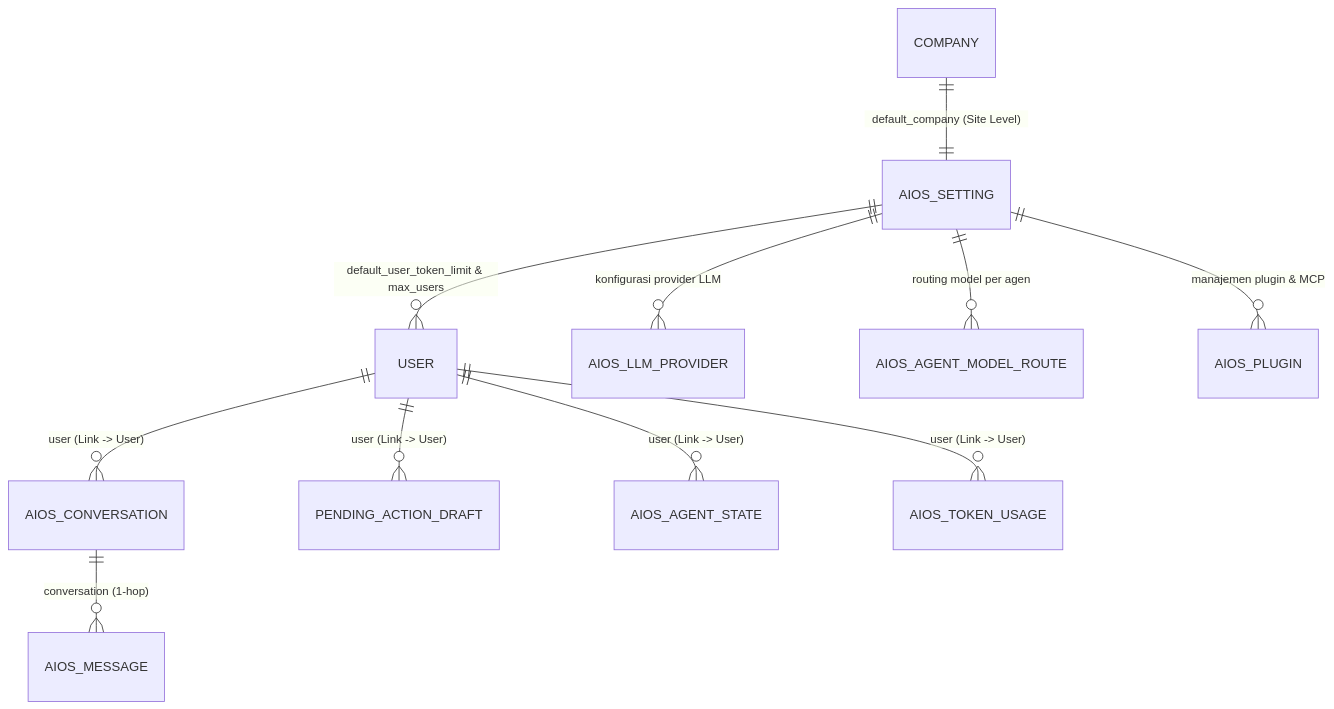
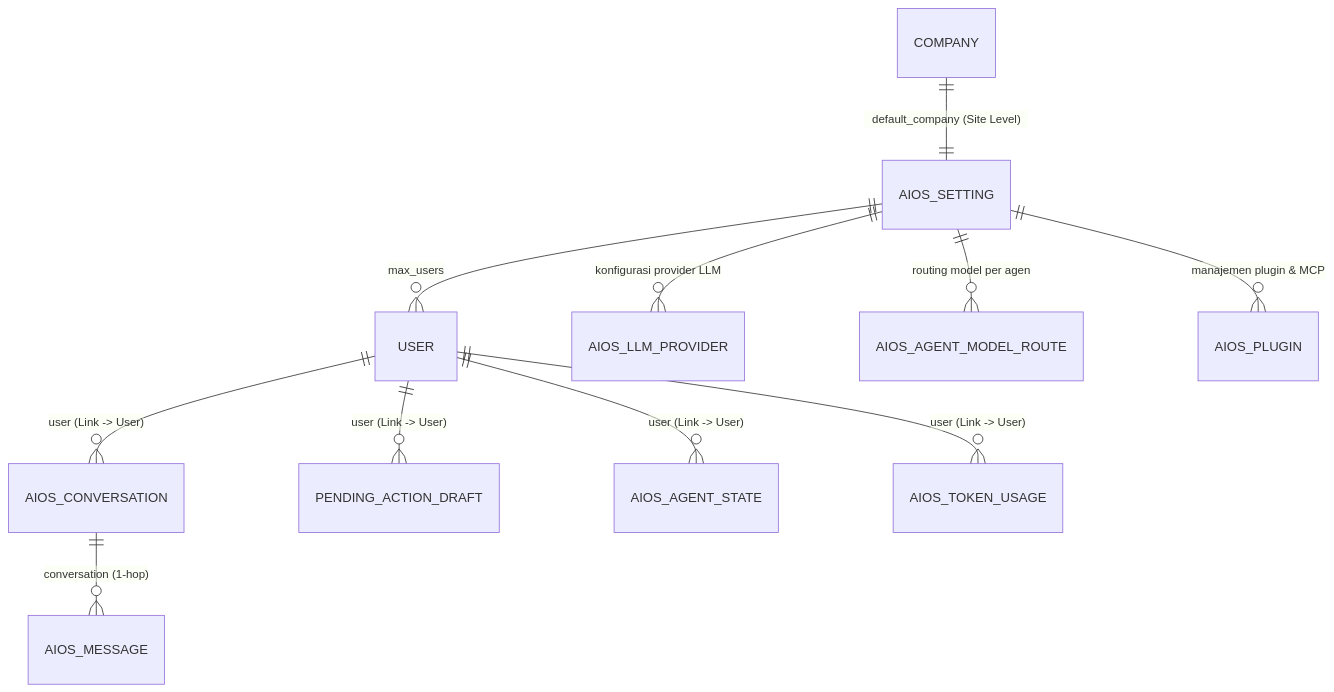
The diagram in docs/03-skema-data-dan-isolasi-multitenant.md (Tenshi1308/aios-frappe-16), drawn with Mermaid before and after one commit. The commit also changed other lines of this file and 8 other files, not shown here.

````diff
--- a/docs/03-skema-data-dan-isolasi-multitenant.md
+++ b/docs/03-skema-data-dan-isolasi-multitenant.md
@@ -88,13 +87,13 @@
 ```mermaid
 erDiagram
     COMPANY ||--|| AIOS_SETTING : "default_company (Site Level)"
-    AIOS_SETTING ||--o{ USER : "default_user_token_limit & max_users"
+    AIOS_SETTING ||--o{ USER : "max_users"
     USER ||--o{ AIOS_CONVERSATION : "user (Link -> User)"
     USER ||--o{ PENDING_ACTION_DRAFT : "user (Link -> User)"
     USER ||--o{ AIOS_AGENT_STATE : "user (Link -> User)"
     USER ||--o{ AIOS_TOKEN_USAGE : "user (Link -> User)"
     AIOS_CONVERSATION ||--o{ AIOS_MESSAGE : "conversation (1-hop)"
     AIOS_SETTING ||--o{ AIOS_LLM_PROVIDER : "konfigurasi provider LLM"
     AIOS_SETTING ||--o{ AIOS_AGENT_MODEL_ROUTE : "routing model per agen"
     AIOS_SETTING ||--o{ AIOS_PLUGIN : "manajemen plugin & MCP"
 ```
````
